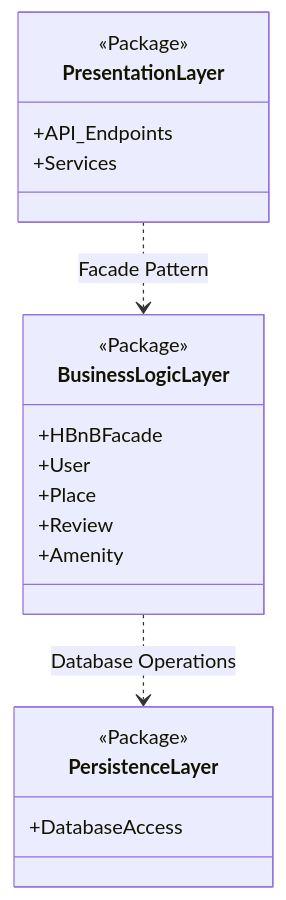
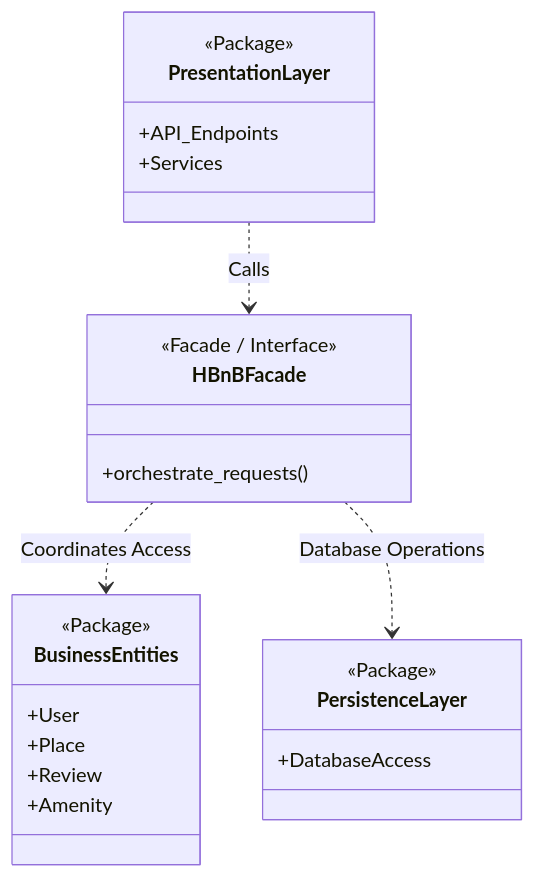
Before and after one commit to oceex/holbertonschool-hbnb: the first of 6 diagrams in part1/README.md, drawn with Mermaid. The commit also changed other lines of this file, not shown here.

First line of the commit message:
fix: update part1/README.md to address all reviewer feedback regarding architecture, entities, and error flows

````diff
--- a/part1/README.md
+++ b/part1/README.md
@@ -17,26 +17,31 @@
 ```mermaid
 classDiagram
     class PresentationLayer {
         <<Package>>
         +API_Endpoints
         +Services
     }
 
-    class BusinessLogicLayer {
+    class HBnBFacade {
+        <<Facade / Interface>>
+        +orchestrate_requests()
+    }
+
+    class BusinessEntities {
         <<Package>>
-        +HBnBFacade
         +User
         +Place
         +Review
         +Amenity
     }
 
     class PersistenceLayer {
         <<Package>>
         +DatabaseAccess
     }
 
     %% Relationships
-    PresentationLayer ..> BusinessLogicLayer : Facade Pattern
-    BusinessLogicLayer ..> PersistenceLayer : Database Operations
+    PresentationLayer ..> HBnBFacade : Calls
+    HBnBFacade ..> BusinessEntities : Coordinates Access
+    HBnBFacade ..> PersistenceLayer : Database Operations
 ```
````
